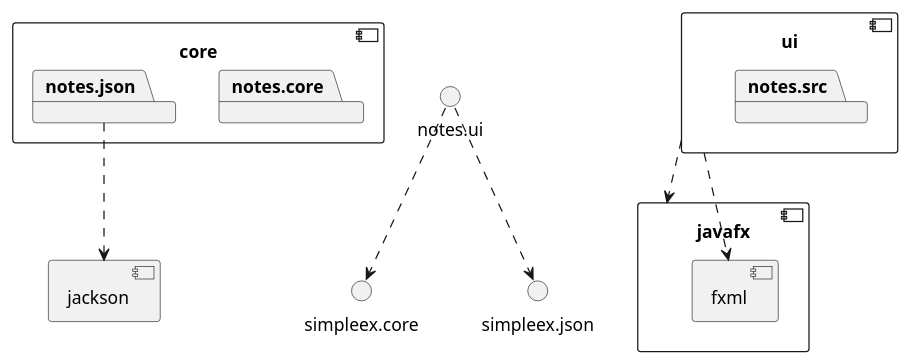
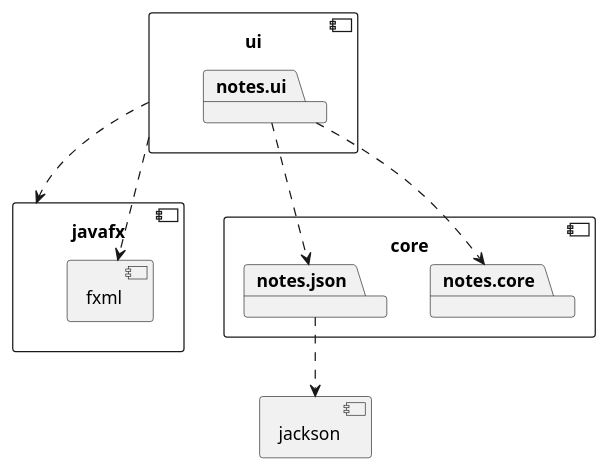
Before and after one commit to aasmul1/Informatikk-Prosjektarbeid: the diagram in architecture.puml, drawn with PlantUML. The commit also changed 1 other file, not shown here.

Commit message:
Added architecture png and modified code a little bit

```diff
--- a/architecture.puml
+++ b/architecture.puml
@@ -1,30 +1,30 @@
 @startuml
 
 component core {
 	package notes.core
 	package notes.json
 }
 
 component jackson {
 }
 
 notes.json ..> jackson
 
 component ui {
- 	package notes.src
+ 	package notes.ui
 }
 
-notes.ui ..> simpleex.core
-notes.ui ..> simpleex.json
+notes.ui ..> notes.core
+notes.ui ..> notes.json
 
 component javafx {
  	component fxml {
  	}
 }
 
 ui ..> javafx
 ui ..> fxml
 
 
 
 @enduml
```
